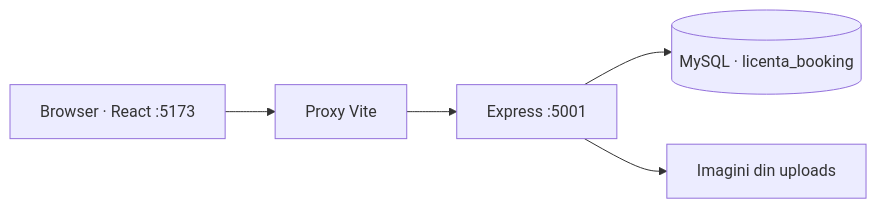
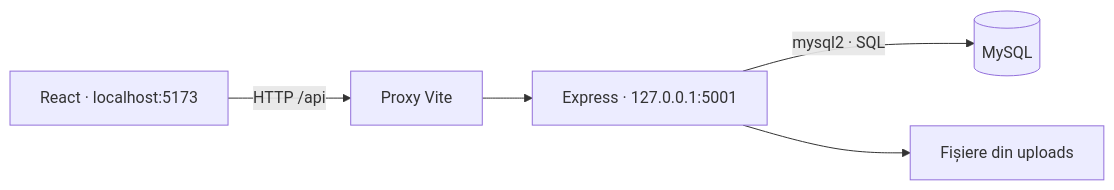
The diagram in docs/STRUCTURA.md (Rby9/Licenta), drawn with Mermaid before and after one commit. The commit also changed other lines of this file and 22 other files, not shown here.

````diff
--- a/docs/STRUCTURA.md
+++ b/docs/STRUCTURA.md
@@ -5,7 +5,7 @@
 ```mermaid
 flowchart LR
-    A[Browser · React :5173] --> B[Proxy Vite]
-    B --> C[Express :5001]
-    C --> D[(MySQL · licenta_booking)]
-    C --> E[Imagini din uploads]
+    A[React · localhost:5173] -->|HTTP /api| B[Proxy Vite]
+    B --> C[Express · 127.0.0.1:5001]
+    C -->|mysql2 · SQL| D[(MySQL)]
+    C --> E[Fișiere din uploads]
 ```
````
